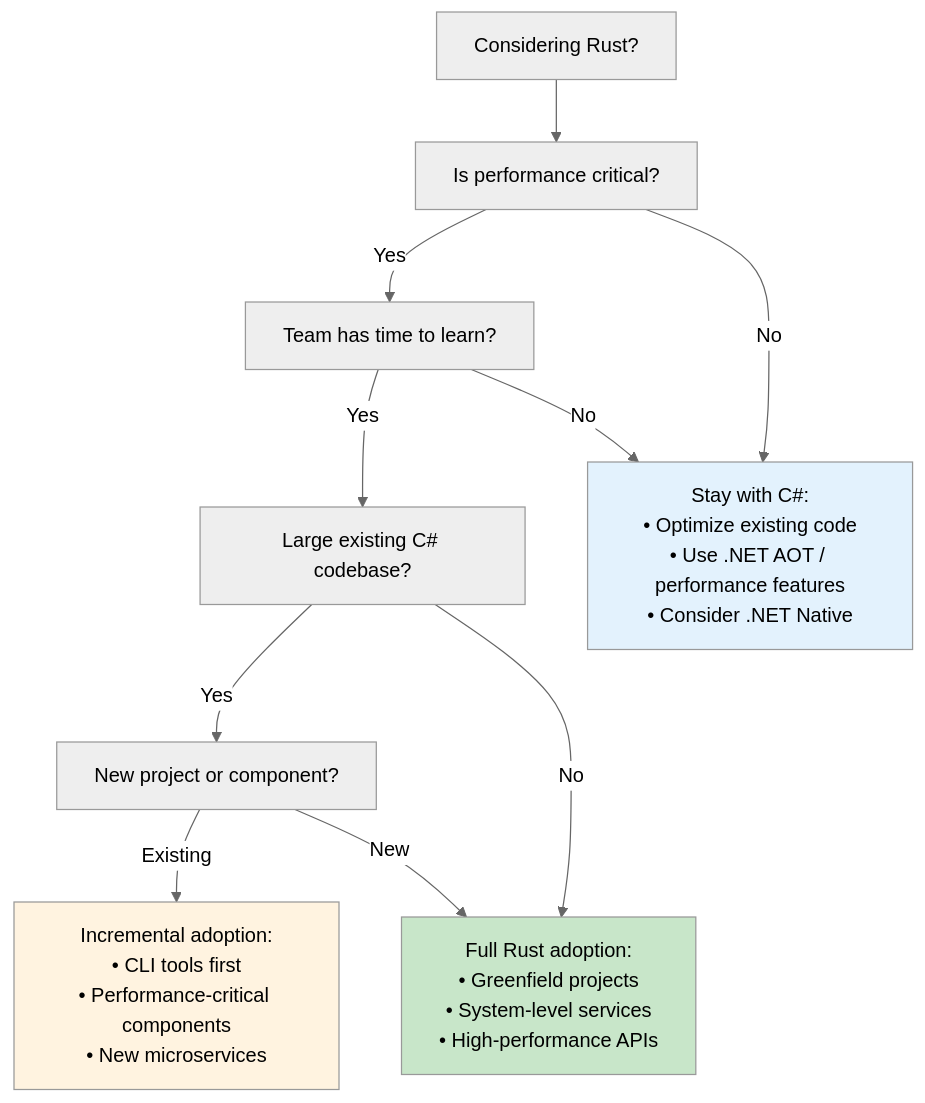
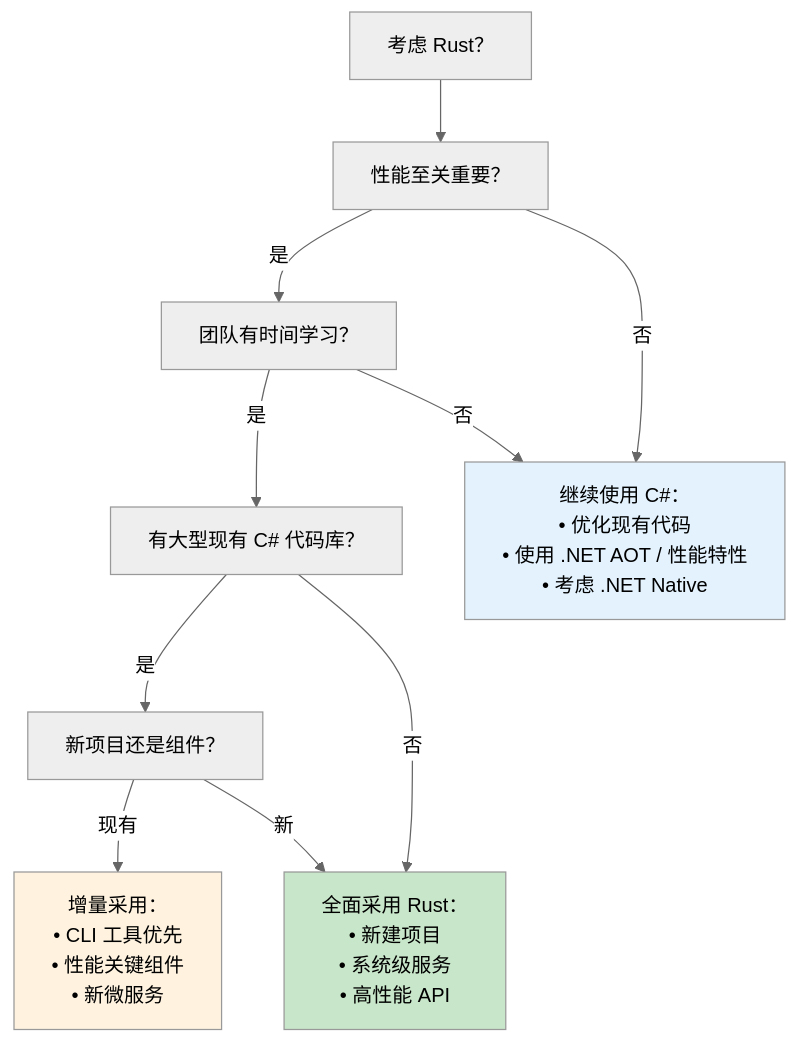
One commit to zyxisme/microsoft-RustTraining-cn changed the diagram in csharp-book/src/ch16-1-performance-comparison-and-migration.md. Above: the diagram before and after it, drawn with Mermaid (neutral theme). The commit also changed other lines of this file and 37 other files, not shown here.

````diff
--- a/csharp-book/src/ch16-1-performance-comparison-and-migration.md
+++ b/csharp-book/src/ch16-1-performance-comparison-and-migration.md
@@ -150,31 +148,31 @@
 ```mermaid
 graph TD
-    START["Considering Rust?"]
-    PERFORMANCE["Is performance critical?"]
-    TEAM["Team has time to learn?"]
-    EXISTING["Large existing C# codebase?"]
-    NEW_PROJECT["New project or component?"]
-    
-    INCREMENTAL["Incremental adoption:<br/>• CLI tools first<br/>• Performance-critical components<br/>• New microservices"]
-    
-    FULL_RUST["Full Rust adoption:<br/>• Greenfield projects<br/>• System-level services<br/>• High-performance APIs"]
-    
-    STAY_CSHARP["Stay with C#:<br/>• Optimize existing code<br/>• Use .NET AOT / performance features<br/>• Consider .NET Native"]
-    
+    START["考虑 Rust？"]
+    PERFORMANCE["性能至关重要？"]
+    TEAM["团队有时间学习？"]
+    EXISTING["有大型现有 C# 代码库？"]
+    NEW_PROJECT["新项目还是组件？"]
+
+    INCREMENTAL["增量采用：<br/>• CLI 工具优先<br/>• 性能关键组件<br/>• 新微服务"]
+
+    FULL_RUST["全面采用 Rust：<br/>• 新建项目<br/>• 系统级服务<br/>• 高性能 API"]
+
+    STAY_CSHARP["继续使用 C#：<br/>• 优化现有代码<br/>• 使用 .NET AOT / 性能特性<br/>• 考虑 .NET Native"]
+
     START --> PERFORMANCE
-    PERFORMANCE -->|Yes| TEAM
-    PERFORMANCE -->|No| STAY_CSHARP
-    
-    TEAM -->|Yes| EXISTING
-    TEAM -->|No| STAY_CSHARP
-    
-    EXISTING -->|Yes| NEW_PROJECT
-    EXISTING -->|No| FULL_RUST
-    
-    NEW_PROJECT -->|New| FULL_RUST
-    NEW_PROJECT -->|Existing| INCREMENTAL
-    
+    PERFORMANCE -->|是| TEAM
+    PERFORMANCE -->|否| STAY_CSHARP
+
+    TEAM -->|是| EXISTING
+    TEAM -->|否| STAY_CSHARP
+
+    EXISTING -->|是| NEW_PROJECT
+    EXISTING -->|否| FULL_RUST
+
+    NEW_PROJECT -->|新| FULL_RUST
+    NEW_PROJECT -->|现有| INCREMENTAL
+
     style FULL_RUST fill:#c8e6c9,color:#000
     style INCREMENTAL fill:#fff3e0,color:#000
     style STAY_CSHARP fill:#e3f2fd,color:#000
 ```
````
